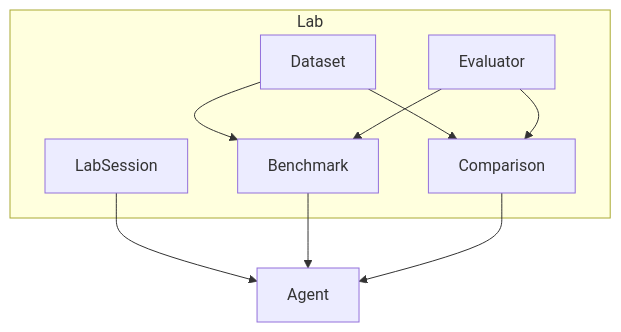
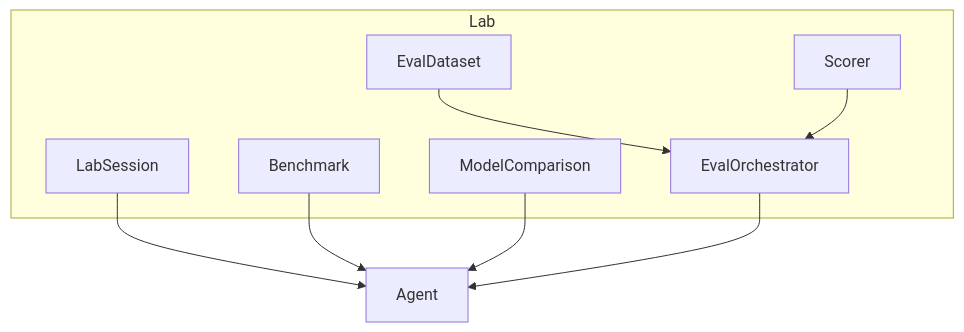
The first of 2 diagrams in docs/lab.md (fireflyframework/fireflyframework-agentic), drawn with Mermaid before and after one commit. The commit also changed other lines of this file and 20 other files, not shown here.

````diff
--- a/docs/lab.md
+++ b/docs/lab.md
@@ -16,18 +20,18 @@
 ```mermaid
 flowchart TD
     subgraph Lab
         SESSION[LabSession]
         BENCH[Benchmark]
-        CMP[Comparison]
-        DS[Dataset]
-        EVAL[Evaluator]
+        CMP[ModelComparison]
+        DS[EvalDataset]
+        ORCH[EvalOrchestrator]
+        SCORE[Scorer]
     end
 
     SESSION --> AGENT[Agent]
     BENCH --> AGENT
     CMP --> AGENT
-    DS --> BENCH
-    DS --> CMP
-    EVAL --> BENCH
-    EVAL --> CMP
+    ORCH --> AGENT
+    DS --> ORCH
+    SCORE --> ORCH
 ```
````
